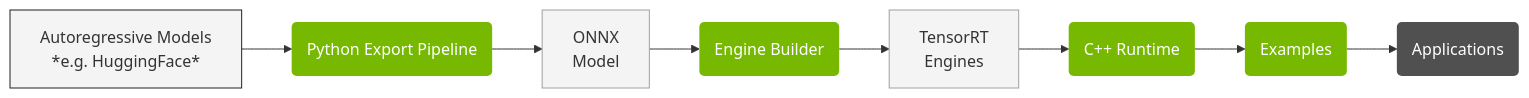
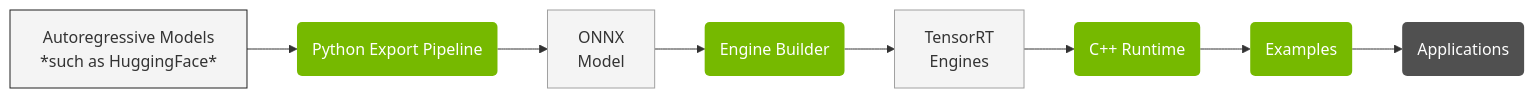
The diagram in docs/source/developer_guide/01.1_Overview.md (ConstBob/TensorRT-Edge-LLM), drawn with Mermaid before and after one commit. The commit also changed other lines of this file and 52 other files, not shown here.

````diff
--- a/docs/source/developer_guide/01.1_Overview.md
+++ b/docs/source/developer_guide/01.1_Overview.md
@@ -24,35 +24,35 @@
 ```mermaid
 %%{init: {'themeVariables': {'edgeLabelBackground': 'white'}}}%%
 
 graph LR
-    HF_MODEL[Autoregressive Models<br>*e.g. HuggingFace*]
+    HF_MODEL[Autoregressive Models<br>*such as HuggingFace*]
     PYTHON_EXPORT(Python Export Pipeline)
     ONNX_MODEL[ONNX<br>Model]
     ENGINE_BUILDER(Engine Builder)
     TRT_ENGINE[TensorRT<br>Engines]
     CPP_RUNTIME(C++ Runtime)
     SAMPLES(Examples)
     APPLICATIONS(Applications)
 
     HF_MODEL --> PYTHON_EXPORT
     PYTHON_EXPORT --> ONNX_MODEL
     ONNX_MODEL --> ENGINE_BUILDER
     ENGINE_BUILDER --> TRT_ENGINE
     TRT_ENGINE --> CPP_RUNTIME
     CPP_RUNTIME --> SAMPLES
     SAMPLES --> APPLICATIONS
 
     classDef greyNode fill:#f4f4f4, stroke-width:0px
     classDef nvNode fill:#76B900, stroke-width:0px, color:#ffffff
     classDef darkNode fill:#505050, stroke-width:0px, color:#ffffff
     classDef inputNode fill:#f4f4f4, stroke: #202020
     classDef itemNode fill:#f4f4f4, stroke: #A0A0A0
     classDef greenSubGraph fill:#ffffff, stroke:#76B900
 
     class HF_MODEL inputNode
     class ONNX_MODEL,TRT_ENGINE itemNode
     class PYTHON_EXPORT,ENGINE_BUILDER,CPP_RUNTIME nvNode
     class APPLICATIONS darkNode
     class SAMPLES nvNode
     class BUILD_ENV_1,BUILD_ENV_2 greenSubGraph
 ```
````
